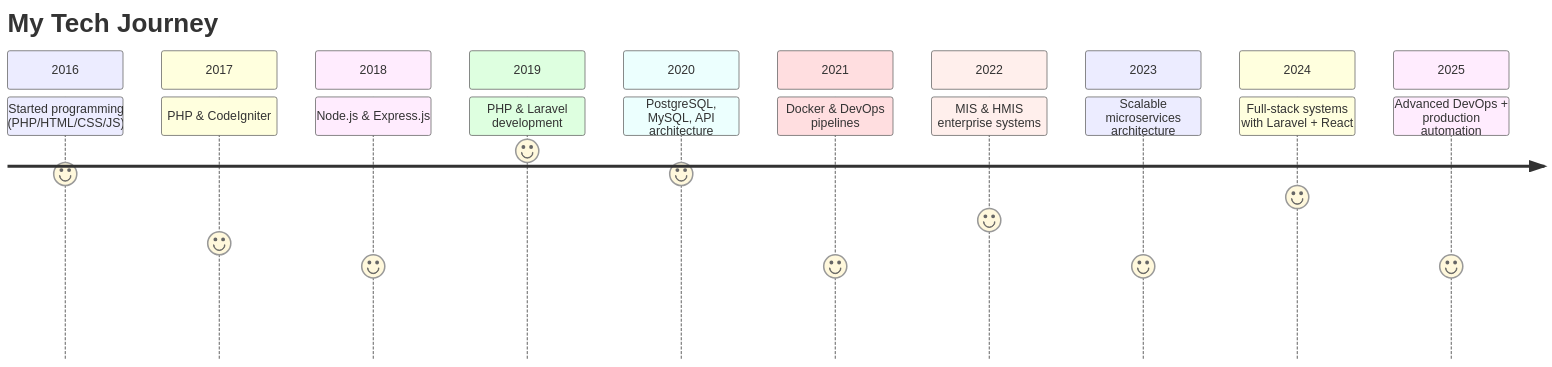
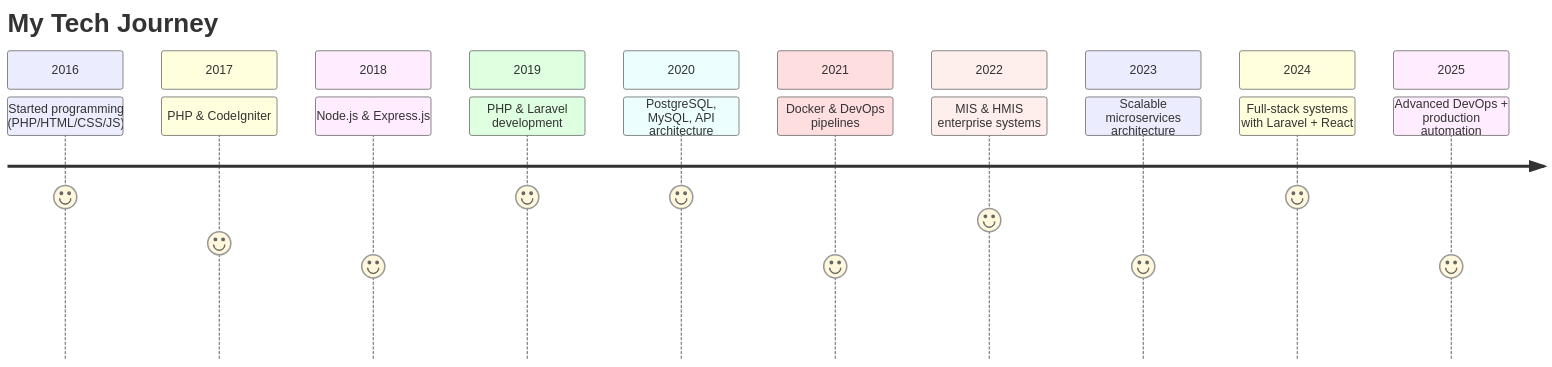
One commit to azizullahaziz/azizullahaziz changed the diagram in README.md. Above: the diagram before and after it, drawn with Mermaid.

````diff
--- a/README.md
+++ b/README.md
@@ -38,24 +38,24 @@
 ```mermaid
 journey
     title My Tech Journey
     section 2016
-      Started programming (PHP/HTML/CSS/JS): 8
+      Started programming (PHP/HTML/CSS/JS): 7
     section 2017
       PHP & CodeIgniter: 5
     section 2018
       Node.js & Express.js: 4
     section 2019
-      PHP & Laravel development: 9
+      PHP & Laravel development: 7
     section 2020
-      PostgreSQL, MySQL, API architecture: 8
+      PostgreSQL, MySQL, API architecture: 7
     section 2021
       Docker & DevOps pipelines: 4
     section 2022
       MIS & HMIS enterprise systems: 6
     section 2023
       Scalable microservices architecture: 4
     section 2024
       Full-stack systems with Laravel + React: 7
     section 2025
       Advanced DevOps + production automation: 4
 ```
````
